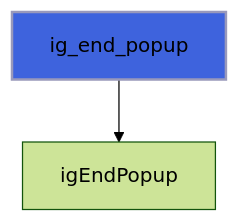
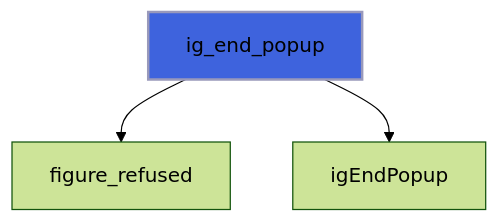
Before and after one commit to szaghi/figure: the sixth of 14 diagrams in docs/api/src/lib/figure_menu.md, drawn with Mermaid (forest theme). The commit also changed other lines of this file and 10 other files, not shown here.

````diff
--- a/docs/api/src/lib/figure_menu.md
+++ b/docs/api/src/lib/figure_menu.md
@@ -131,5 +147,6 @@
 ```mermaid
 flowchart TD
+  ig_end_popup["ig_end_popup"] --> figure_refused["figure_refused"]
   ig_end_popup["ig_end_popup"] --> igEndPopup["igEndPopup"]
   style ig_end_popup fill:#3e63dd,stroke:#99b,stroke-width:2px
 ```
````
